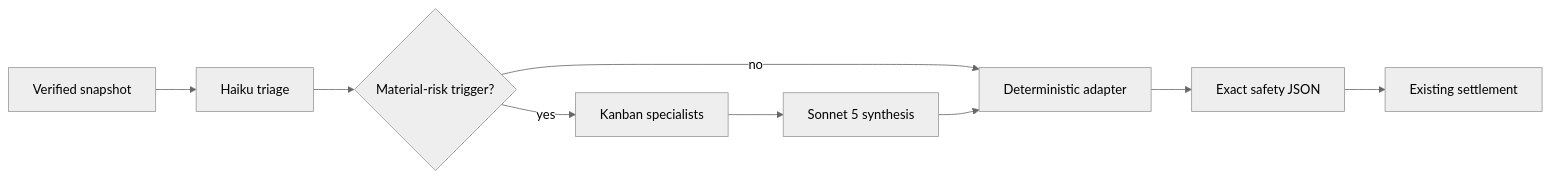
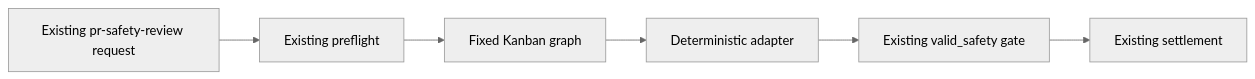
The diagram in docs/hermes/PRD-pr-safety-kanban-council.md (Zhachory1/ai-pr-automation), drawn with Mermaid (neutral theme) before and after one commit. The commit also changed other lines of this file and 5 other files, not shown here.

Commit message:
docs(hermes): keep PR safety as fixed Kanban workflow

````diff
--- a/docs/hermes/PRD-pr-safety-kanban-council.md
+++ b/docs/hermes/PRD-pr-safety-kanban-council.md
@@ -90,11 +39,8 @@
 ```mermaid
 flowchart LR
-    S["Verified snapshot"] --> T["Haiku triage"]
-    T --> E{"Material-risk trigger?"}
-    E -->|no| A["Deterministic adapter"]
-    E -->|yes| K["Kanban specialists"]
-    K --> Y["Sonnet 5 synthesis"]
-    Y --> A
-    A --> J["Exact safety JSON"]
-    J --> X["Existing settlement"]
+    R["Existing pr-safety-review request"] --> P["Existing preflight"]
+    P --> K["Fixed Kanban graph"]
+    K --> A["Deterministic adapter"]
+    A --> V["Existing valid_safety gate"]
+    V --> S["Existing settlement"]
 ```
````
